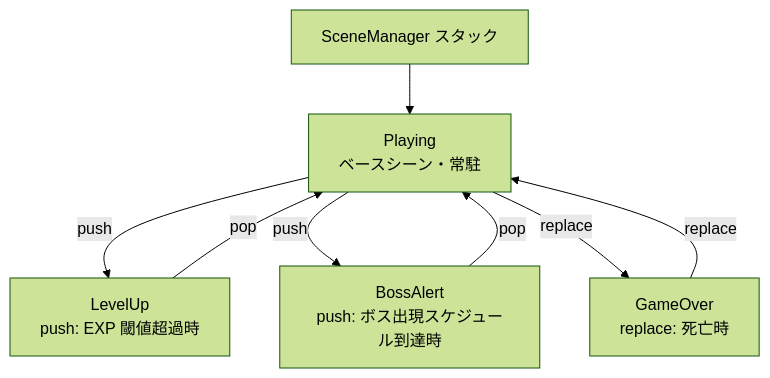
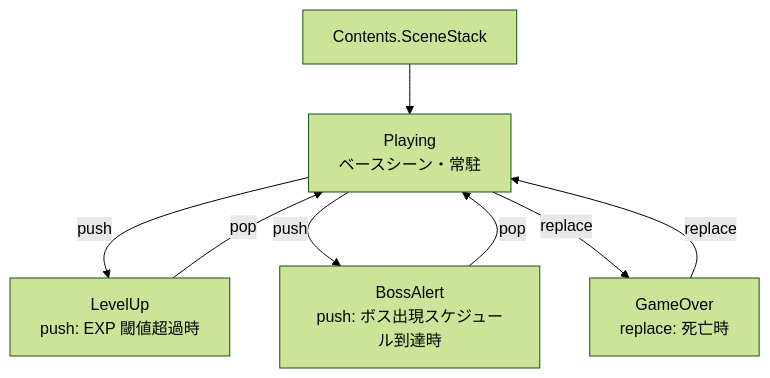
The second of 4 diagrams in docs/game-content.md (FRICK-ELDY/alchemy-engine), drawn with Mermaid (forest theme) before and after one commit. The commit also changed 12 other files, not shown here.

Commit message:
Complete scene management migration to contents layer

````diff
--- a/docs/game-content.md
+++ b/docs/game-content.md
@@ -182,16 +182,16 @@
 ```mermaid
 graph TD
-    SM[SceneManager スタック]
+    SS[Contents.SceneStack]
     PL[Playing\nベースシーン・常駐]
     LU[LevelUp\npush: EXP 閾値超過時]
     BA[BossAlert\npush: ボス出現スケジュール到達時]
     GO[GameOver\nreplace: 死亡時]
 
-    SM --> PL
+    SS --> PL
     PL -->|push| LU
     PL -->|push| BA
     PL -->|replace| GO
     LU -->|pop| PL
     BA -->|pop| PL
     GO -->|replace| PL
 ```
````
